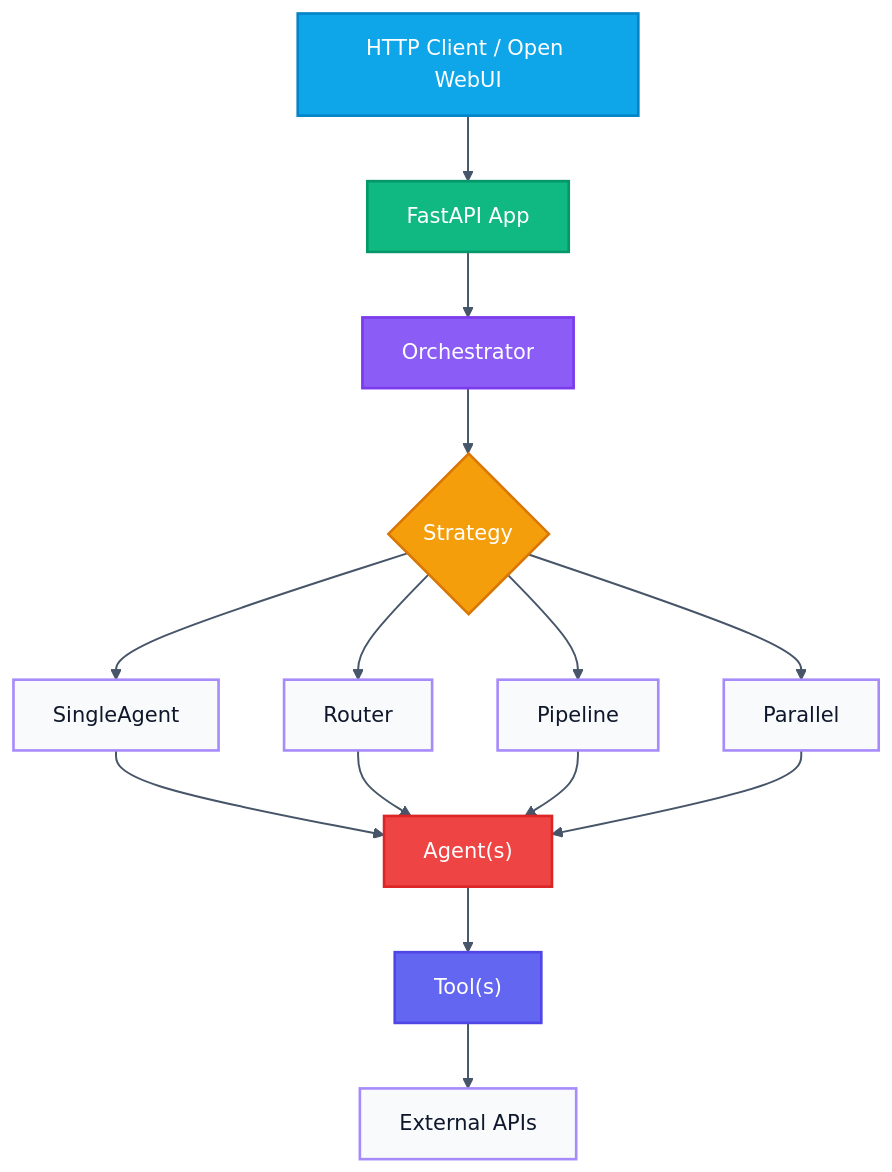
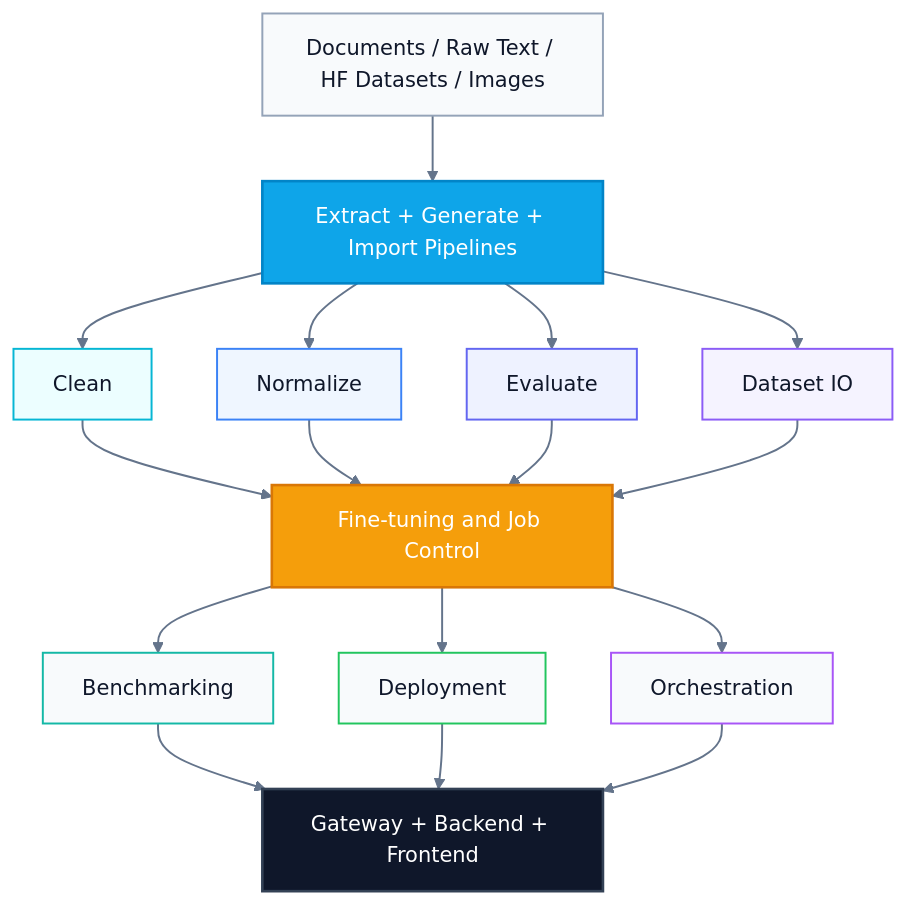
Before and after one commit to deduu/MCP-Tuna: the diagram in README.md, drawn with Mermaid. The commit also changed other lines of this file, not shown here.

````diff
--- a/README.md
+++ b/README.md
@@ -81,33 +81,36 @@
 ```mermaid
 graph TD
-    client["HTTP Client / Open WebUI"] --> app["FastAPI App"]
-    app --> orchestrator["Orchestrator"]
-    orchestrator --> strategy{"Strategy"}
+    inputs["Documents / Raw Text / HF Datasets / Images"] --> ingest["Extract + Generate + Import Pipelines"]
 
-    strategy --> single["SingleAgent"]
-    strategy --> router["Router"]
-    strategy --> pipeline["Pipeline"]
-    strategy --> parallel["Parallel"]
+    ingest --> clean["Clean"]
+    ingest --> normalize["Normalize"]
+    ingest --> evaluate["Evaluate"]
+    ingest --> datasetio["Dataset IO"]
 
-    single --> agents["Agent(s)"]
-    router --> agents
-    pipeline --> agents
-    parallel --> agents
+    clean --> finetune["Fine-tuning and Job Control"]
+    normalize --> finetune
+    evaluate --> finetune
+    datasetio --> finetune
 
-    agents --> tools["Tool(s)"]
-    tools --> apis["External APIs"]
+    finetune --> benchmarking["Benchmarking"]
+    finetune --> deployment["Deployment"]
+    finetune --> orchestration["Orchestration"]
 
-    style client fill:#0EA5E9,stroke:#0284C7,color:#FFFFFF,stroke-width:2px
-    style app fill:#10B981,stroke:#059669,color:#FFFFFF,stroke-width:2px
-    style orchestrator fill:#8B5CF6,stroke:#7C3AED,color:#FFFFFF,stroke-width:2px
-    style strategy fill:#F59E0B,stroke:#D97706,color:#FFFFFF,stroke-width:2px
-    style agents fill:#EF4444,stroke:#DC2626,color:#FFFFFF,stroke-width:2px
-    style tools fill:#6366F1,stroke:#4F46E5,color:#FFFFFF,stroke-width:2px
-    style single fill:#F8FAFC,stroke:#A78BFA,color:#0F172A,stroke-width:2px
-    style router fill:#F8FAFC,stroke:#A78BFA,color:#0F172A,stroke-width:2px
-    style pipeline fill:#F8FAFC,stroke:#A78BFA,color:#0F172A,stroke-width:2px
-    style parallel fill:#F8FAFC,stroke:#A78BFA,color:#0F172A,stroke-width:2px
-    style apis fill:#F8FAFC,stroke:#A78BFA,color:#0F172A,stroke-width:2px
+    benchmarking --> platform["Gateway + Backend + Frontend"]
+    deployment --> platform
+    orchestration --> platform
 
-    linkStyle default stroke:#475569,stroke-width:1.5px
+    style inputs fill:#F8FAFC,stroke:#94A3B8,color:#0F172A,stroke-width:1.5px
+    style ingest fill:#0EA5E9,stroke:#0284C7,color:#FFFFFF,stroke-width:2px
+    style clean fill:#ECFEFF,stroke:#06B6D4,color:#0F172A,stroke-width:1.5px
+    style normalize fill:#EFF6FF,stroke:#3B82F6,color:#0F172A,stroke-width:1.5px
+    style evaluate fill:#EEF2FF,stroke:#6366F1,color:#0F172A,stroke-width:1.5px
+    style datasetio fill:#F5F3FF,stroke:#8B5CF6,color:#0F172A,stroke-width:1.5px
+    style finetune fill:#F59E0B,stroke:#D97706,color:#FFFFFF,stroke-width:2px
+    style benchmarking fill:#F8FAFC,stroke:#14B8A6,color:#0F172A,stroke-width:1.5px
+    style deployment fill:#F8FAFC,stroke:#22C55E,color:#0F172A,stroke-width:1.5px
+    style orchestration fill:#F8FAFC,stroke:#A855F7,color:#0F172A,stroke-width:1.5px
+    style platform fill:#0F172A,stroke:#334155,color:#FFFFFF,stroke-width:2px
+
+    linkStyle default stroke:#64748B,stroke-width:1.5px
 ```
````
